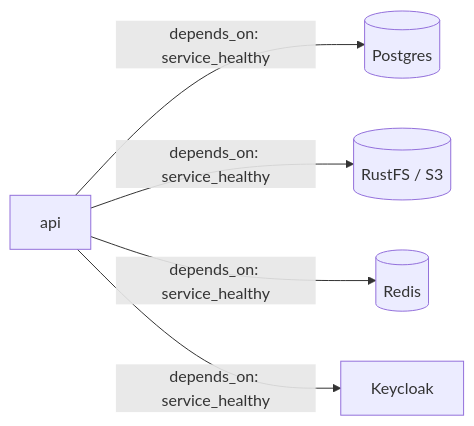
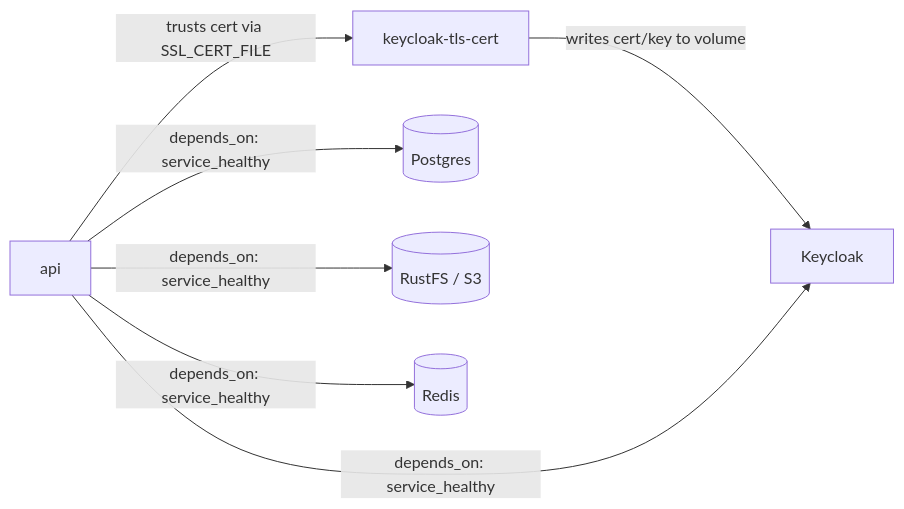
Before and after one commit to crazyracer98/template-python: the second of 2 diagrams in docs/architecture.md, drawn with Mermaid. The commit also changed other lines of this file and 2 other files, not shown here.

````diff
--- a/docs/architecture.md
+++ b/docs/architecture.md
@@ -76,7 +93,9 @@
 ```mermaid
 graph LR
+    certgen[keycloak-tls-cert] -->|writes cert/key to volume| keycloak[Keycloak]
     api -->|depends_on: service_healthy| postgres[(Postgres)]
     api -->|depends_on: service_healthy| s3[(RustFS / S3)]
     api -->|depends_on: service_healthy| redis[(Redis)]
-    api -->|depends_on: service_healthy| keycloak[Keycloak]
+    api -->|depends_on: service_healthy| keycloak
+    api -->|trusts cert via SSL_CERT_FILE| certgen
 ```
````
